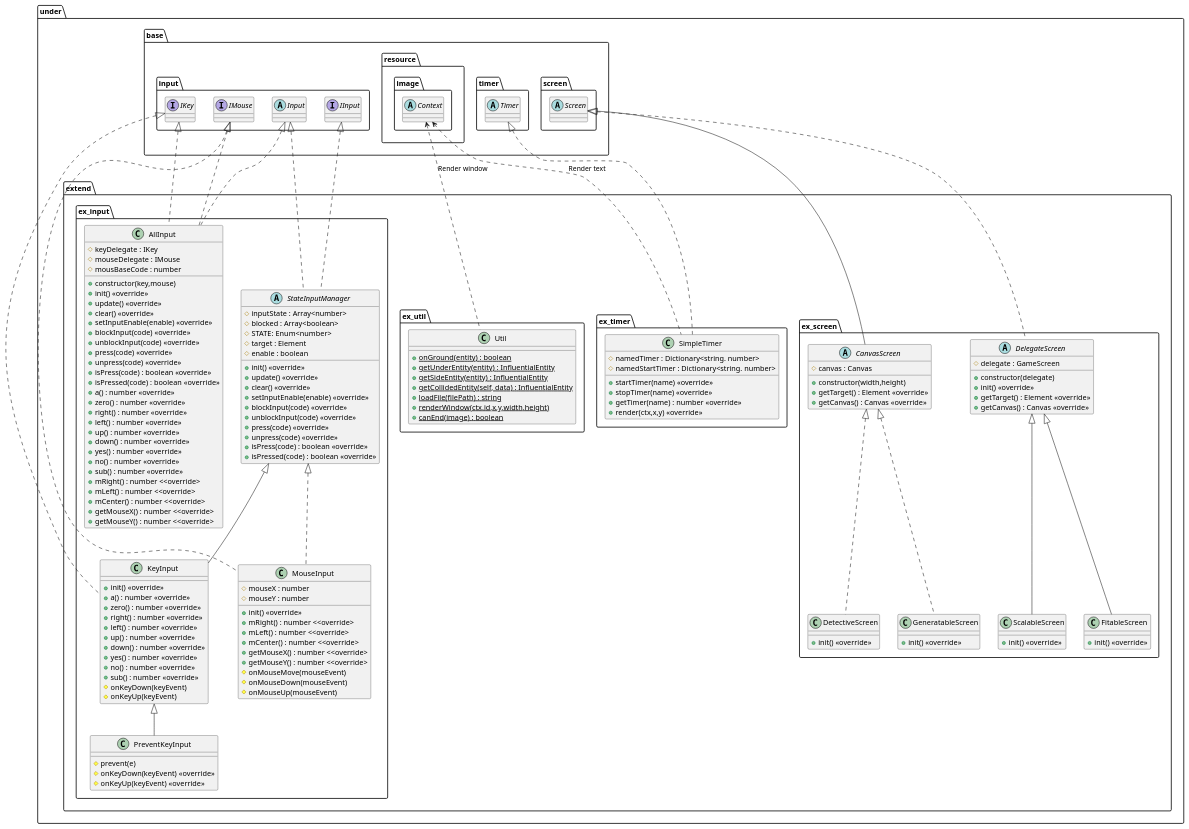
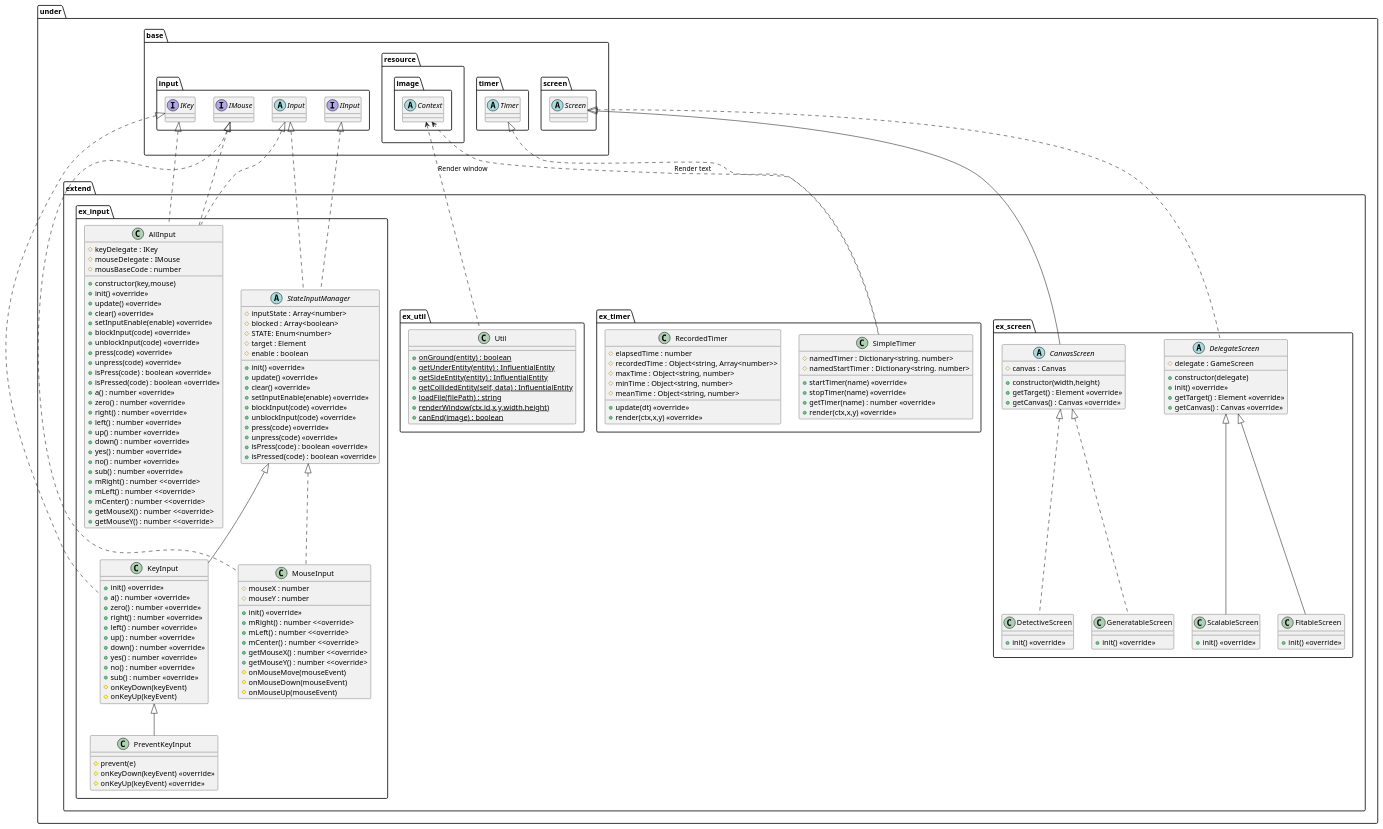
One commit to Expine/Under changed the diagram in uml/gamebase/Extend.wsd. Above: the diagram before and after it, drawn with PlantUML. The commit also changed 75 other files, not shown here.

```diff
--- a/uml/gamebase/Extend.wsd
+++ b/uml/gamebase/Extend.wsd
@@ -1,185 +1,194 @@
 @startuml GameBaseExtend
 
 package under {
     package extend {
         package ex_input {
             abstract StateInputManager {
                 #inputState : Array<number>
                 #blocked : Array<boolean>
                 #STATE: Enum<number>
                 #target : Element
                 #enable : boolean
                 +init() <<override>>
                 +update() <<override>>
                 +clear() <<override>>
                 +setInputEnable(enable) <<override>>
                 +blockInput(code) <<override>>
                 +unblockInput(code) <<override>>
                 +press(code) <<override>>
                 +unpress(code) <<override>>
                 +isPress(code) : boolean <<override>>
                 +isPressed(code) : boolean <<override>>
             }
             class KeyInput {
                 +init() <<override>>
                 +a() : number <<override>>
                 +zero() : number <<override>>
                 +right() : number <<override>>
                 +left() : number <<override>>
                 +up() : number <<override>>
                 +down() : number <<override>>
                 +yes() : number <<override>>
                 +no() : number <<override>>
                 +sub() : number <<override>>
                 #onKeyDown(keyEvent)
                 #onKeyUp(keyEvent)
             }
             class PreventKeyInput {
                 #prevent(e)
                 #onKeyDown(keyEvent) <<override>>
                 #onKeyUp(keyEvent) <<override>>
             }
             class MouseInput {
                 #mouseX : number
                 #mouseY : number
                 +init() <<override>>
                 +mRight() : number <<override>
                 +mLeft() : number <<override>
                 +mCenter() : number <<override>
                 +getMouseX() : number <<override>
                 +getMouseY() : number <<override>
                 #onMouseMove(mouseEvent)
                 #onMouseDown(mouseEvent)
                 #onMouseUp(mouseEvent)
 
             }
             class AllInput {
                 +constructor(key,mouse)
                 #keyDelegate : IKey
                 #mouseDelegate : IMouse
                 #mousBaseCode : number
                 +init() <<override>>
                 +update() <<override>>
                 +clear() <<override>>
                 +setInputEnable(enable) <<override>>
                 +blockInput(code) <<override>>
                 +unblockInput(code) <<override>>
                 +press(code) <<override>>
                 +unpress(code) <<override>>
                 +isPress(code) : boolean <<override>>
                 +isPressed(code) : boolean <<override>>
                 +a() : number <<override>>
                 +zero() : number <<override>>
                 +right() : number <<override>>
                 +left() : number <<override>>
                 +up() : number <<override>>
                 +down() : number <<override>>
                 +yes() : number <<override>>
                 +no() : number <<override>>
                 +sub() : number <<override>>
                 +mRight() : number <<override>
                 +mLeft() : number <<override>
                 +mCenter() : number <<override>
                 +getMouseX() : number <<override>
                 +getMouseY() : number <<override>
             }
         }
         package ex_screen {
             abstract CanvasScreen {
                 +constructor(width,height)
                 #canvas : Canvas
                 +getTarget() : Element <<override>>
                 +getCanvas() : Canvas <<override>>
             }
             class DetectiveScreen {
                 +init() <<override>>
             }
             class GeneratableScreen {
                 +init() <<override>>
             }
             abstract DelegateScreen {
                 +constructor(delegate)
                 #delegate : GameScreen
                 +init() <<override>>
                 +getTarget() : Element <<override>>
                 +getCanvas() : Canvas <<override>>
             }
             class ScalableScreen {
                 +init() <<override>>
             }
             class FitableScreen {
                 +init() <<override>>
             }
         }
 
         package ex_timer {
             class SimpleTimer {
                 #namedTimer : Dictionary<string. number>
                 #namedStartTimer : Dictionary<string. number>
                 +startTimer(name) <<override>>
                 +stopTimer(name) <<override>>
                 +getTimer(name) : number <<override>>
                 +render(ctx,x,y) <<override>>
             }
+            class RecordedTimer {
+                #elapsedTime : number
+                #recordedTime : Object<string, Array<number>>
+                #maxTime : Object<string, number>
+                #minTime : Object<string, number>
+                #meanTime : Object<string, number>
+                +update(dt) <<override>>
+                +render(ctx,x,y) <<override>>
+            }
         }
 
         package ex_util {
             class Util {
                 {static} +onGround(entity) : boolean
                 {static} +getUnderEntity(entity) : InfluentialEntity
                 {static} +getSideEntity(entity) : InfluentialEntity
                 {static} +getCollidedEntity(self, data) : InfluentialEntity
                 {static} +loadFile(filePath) : string
                 {static} +renderWindow(ctx,id,x,y,width,height)
                 {static} +canEnd(image) : boolean
             }
         }
     }
 }
 
 package under {
     package base {
         package input {
             abstract Input
             interface IInput
             interface IKey
             interface IMouse
         }
         package resource {
             package image {
                 abstract Context
             }
         }
         package timer {
             abstract Timer
         }
         package screen {
             abstract Screen
         }
     }
 }
 
 Context <.. SimpleTimer : Render text
 Context <.. Util : Render window
 
 Input <|.. AllInput
 IKey <|.. AllInput
 IMouse <|.. AllInput
 Input <|.. StateInputManager
 IInput <|.. StateInputManager
 StateInputManager <|-- KeyInput
 IKey <|.. KeyInput
 KeyInput <|-- PreventKeyInput
 StateInputManager <|.. MouseInput
 IMouse <|.. MouseInput
 
 Screen <|-- CanvasScreen
 Screen <|.. DelegateScreen
 CanvasScreen <|.. DetectiveScreen
 CanvasScreen <|.. GeneratableScreen
 DelegateScreen <|-- ScalableScreen
 DelegateScreen <|-- FitableScreen
 
 Timer <|.. SimpleTimer
 
 @enduml
```
